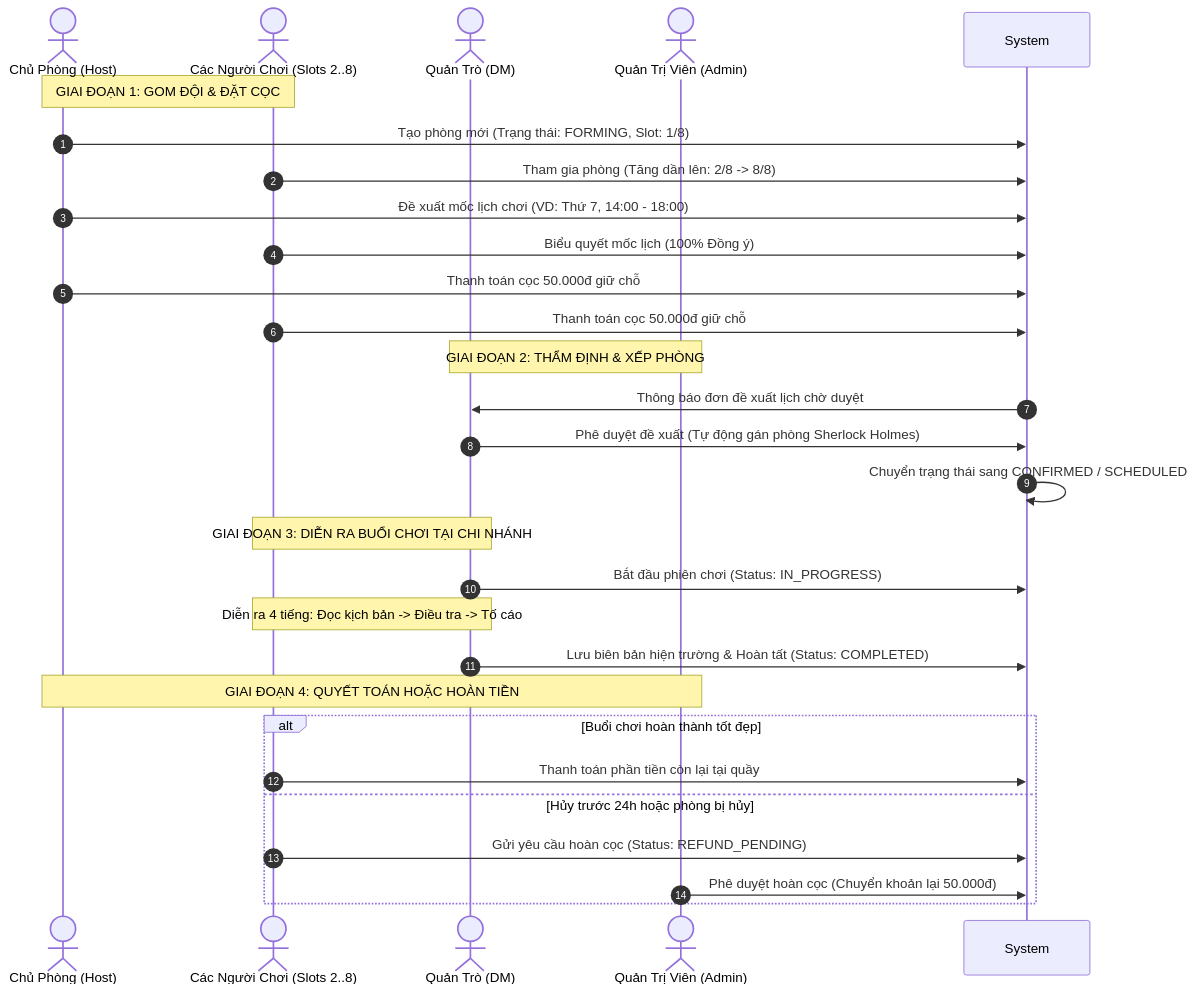
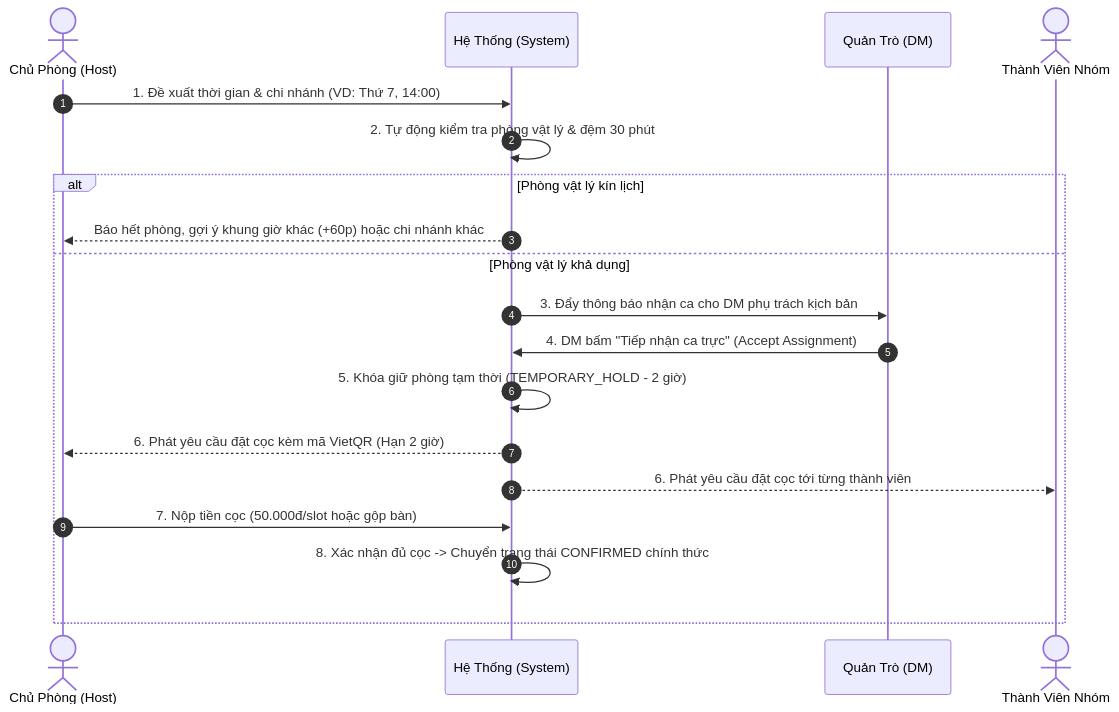
Before and after one commit to nguyenxuanhieu2903/kich-ban-sat-php: the third of 5 diagrams in docs/TAI_LIEU_VAN_HANH_TOAN_DIEN_HE_THONG.md, drawn with Mermaid. The commit also changed other lines of this file and 1 other file, not shown here.

````diff
--- a/docs/TAI_LIEU_VAN_HANH_TOAN_DIEN_HE_THONG.md
+++ b/docs/TAI_LIEU_VAN_HANH_TOAN_DIEN_HE_THONG.md
@@ -97,34 +151,22 @@
 ```mermaid
 sequenceDiagram
     autonumber
     actor Host as Chủ Phòng (Host)
-    actor Players as Các Người Chơi (Slots 2..8)
-    actor DM as Quản Trò (DM)
-    actor Admin as Quản Trị Viên (Admin)
+    participant Sys as Hệ Thống (System)
+    participant DM as Quản Trò (DM)
+    actor Players as Thành Viên Nhóm
 
-    Note over Host,Players: GIAI ĐOẠN 1: GOM ĐỘI & ĐẶT CỌC
-    Host->>System: Tạo phòng mới (Trạng thái: FORMING, Slot: 1/8)
-    Players->>System: Tham gia phòng (Tăng dần lên: 2/8 -> 8/8)
-    Host->>System: Đề xuất mốc lịch chơi (VD: Thứ 7, 14:00 - 18:00)
-    Players->>System: Biểu quyết mốc lịch (100% Đồng ý)
-    Host->>System: Thanh toán cọc 50.000đ giữ chỗ
-    Players->>System: Thanh toán cọc 50.000đ giữ chỗ
-
-    Note over DM,Admin: GIAI ĐOẠN 2: THẨM ĐỊNH & XẾP PHÒNG
-    System->>DM: Thông báo đơn đề xuất lịch chờ duyệt
-    DM->>System: Phê duyệt đề xuất (Tự động gán phòng Sherlock Holmes)
-    System->>System: Chuyển trạng thái sang CONFIRMED / SCHEDULED
-
-    Note over DM,Players: GIAI ĐOẠN 3: DIỄN RA BUỔI CHƠI TẠI CHI NHÁNH
-    DM->>System: Bắt đầu phiên chơi (Status: IN_PROGRESS)
-    Note over DM,Players: Diễn ra 4 tiếng: Đọc kịch bản -> Điều tra -> Tố cáo
-    DM->>System: Lưu biên bản hiện trường & Hoàn tất (Status: COMPLETED)
-
-    Note over Host,Admin: GIAI ĐOẠN 4: QUYẾT TOÁN HOẶC HOÀN TIỀN
-    alt Buổi chơi hoàn thành tốt đẹp
-        Players->>System: Thanh toán phần tiền còn lại tại quầy
-    else Hủy trước 24h hoặc phòng bị hủy
-        Players->>System: Gửi yêu cầu hoàn cọc (Status: REFUND_PENDING)
-        Admin->>System: Phê duyệt hoàn cọc (Chuyển khoản lại 50.000đ)
+    Host->>Sys: 1. Đề xuất thời gian & chi nhánh (VD: Thứ 7, 14:00)
+    Sys->>Sys: 2. Tự động kiểm tra phòng vật lý & đệm 30 phút
+    alt Phòng vật lý kín lịch
+        Sys-->>Host: Báo hết phòng, gợi ý khung giờ khác (+60p) hoặc chi nhánh khác
+    else Phòng vật lý khả dụng
+        Sys->>DM: 3. Đẩy thông báo nhận ca cho DM phụ trách kịch bản
+        DM->>Sys: 4. DM bấm "Tiếp nhận ca trực" (Accept Assignment)
+        Sys->>Sys: 5. Khóa giữ phòng tạm thời (TEMPORARY_HOLD - 2 giờ)
+        Sys-->>Host: 6. Phát yêu cầu đặt cọc kèm mã VietQR (Hạn 2 giờ)
+        Sys-->>Players: 6. Phát yêu cầu đặt cọc tới từng thành viên
+        Host->>Sys: 7. Nộp tiền cọc (50.000đ/slot hoặc gộp bàn)
+        Sys->>Sys: 8. Xác nhận đủ cọc -> Chuyển trạng thái CONFIRMED chính thức
     end
 ```
````
